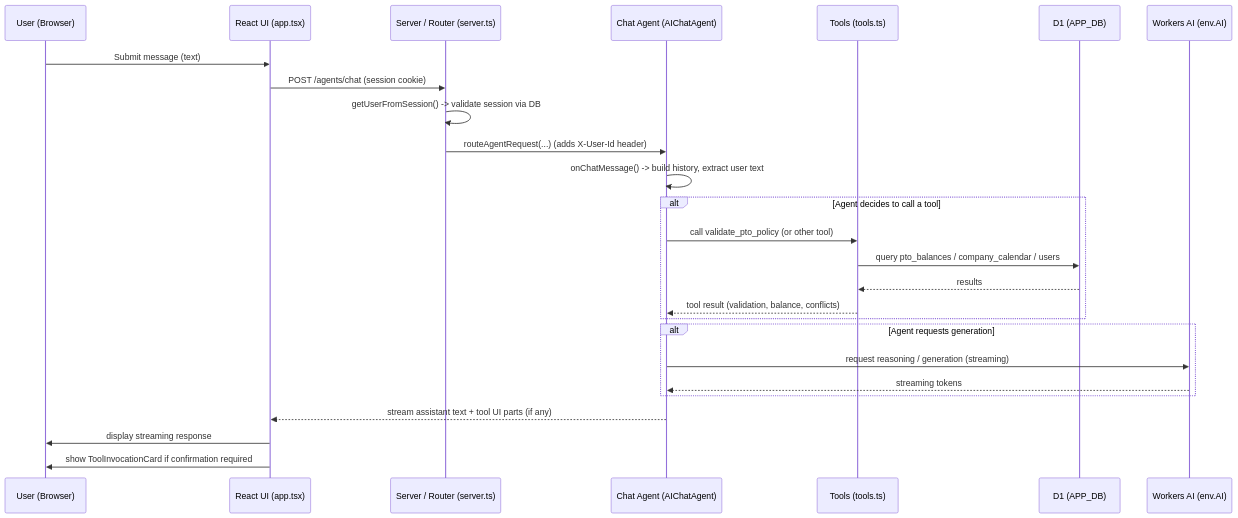
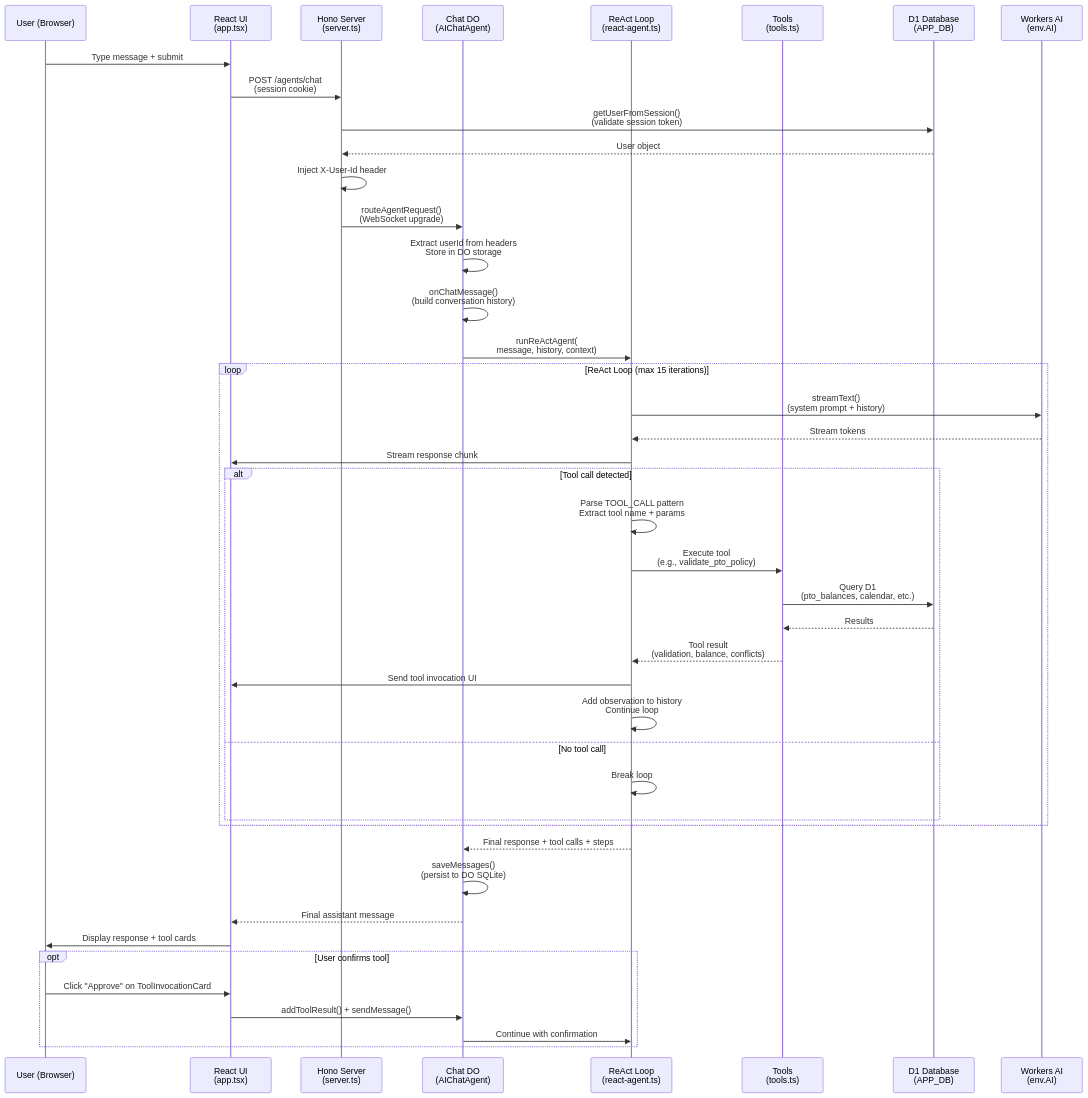
The second of 4 diagrams in docs/ARCHITECTURE.md (RamyaLakshmiKS/cf_ai_approvalflow-ai), drawn with Mermaid before and after one commit. The commit also changed other lines of this file, not shown here.

````diff
--- a/docs/ARCHITECTURE.md
+++ b/docs/ARCHITECTURE.md
@@ -49,29 +431,50 @@
 ```mermaid
 sequenceDiagram
   participant U as User (Browser)
-  participant UI as React UI (app.tsx)
-  participant S as Server / Router (server.ts)
-  participant A as Chat Agent (AIChatAgent)
-  participant T as Tools (tools.ts)
-  participant DB as D1 (APP_DB)
-  participant AI as Workers AI (env.AI)
+  participant UI as React UI<br/>(app.tsx)
+  participant S as Hono Server<br/>(server.ts)
+  participant C as Chat DO<br/>(AIChatAgent)
+  participant R as ReAct Loop<br/>(react-agent.ts)
+  participant T as Tools<br/>(tools.ts)
+  participant DB as D1 Database<br/>(APP_DB)
+  participant AI as Workers AI<br/>(env.AI)
 
-  U->>UI: Submit message (text)
-  UI->>S: POST /agents/chat (session cookie)
-  S->>S: getUserFromSession() -> validate session via DB
-  S->>A: routeAgentRequest(...) (adds X-User-Id header)
-  A->>A: onChatMessage() -> build history, extract user text
-  alt Agent decides to call a tool
-    A->>T: call validate_pto_policy (or other tool)
-    T->>DB: query pto_balances / company_calendar / users
-    DB-->>T: results
-    T-->>A: tool result (validation, balance, conflicts)
+  U->>UI: Type message + submit
+  UI->>S: POST /agents/chat<br/>(session cookie)
+  S->>DB: getUserFromSession()<br/>(validate session token)
+  DB-->>S: User object
+  S->>S: Inject X-User-Id header
+  S->>C: routeAgentRequest()<br/>(WebSocket upgrade)
+  C->>C: Extract userId from headers<br/>Store in DO storage
+  C->>C: onChatMessage()<br/>(build conversation history)
+  C->>R: runReActAgent(<br/>message, history, context)
+
+  loop ReAct Loop (max 15 iterations)
+    R->>AI: streamText()<br/>(system prompt + history)
+    AI-->>R: Stream tokens
+    R->>UI: Stream response chunk
+
+    alt Tool call detected
+      R->>R: Parse TOOL_CALL pattern<br/>Extract tool name + params
+      R->>T: Execute tool<br/>(e.g., validate_pto_policy)
+      T->>DB: Query D1<br/>(pto_balances, calendar, etc.)
+      DB-->>T: Results
+      T-->>R: Tool result<br/>(validation, balance, conflicts)
+      R->>UI: Send tool invocation UI
+      R->>R: Add observation to history<br/>Continue loop
+    else No tool call
+      R->>R: Break loop
+    end
   end
-  alt Agent requests generation
-    A->>AI: request reasoning / generation (streaming)
-    AI-->>A: streaming tokens
+
+  R-->>C: Final response + tool calls + steps
+  C->>C: saveMessages()<br/>(persist to DO SQLite)
+  C-->>UI: Final assistant message
+  UI->>U: Display response + tool cards
+
+  opt User confirms tool
+    U->>UI: Click "Approve" on ToolInvocationCard
+    UI->>C: addToolResult() + sendMessage()
+    C->>R: Continue with confirmation
   end
-  A-->>UI: stream assistant text + tool UI parts (if any)
-  UI->>U: display streaming response
-  UI->>U: show ToolInvocationCard if confirmation required
 ```
````
